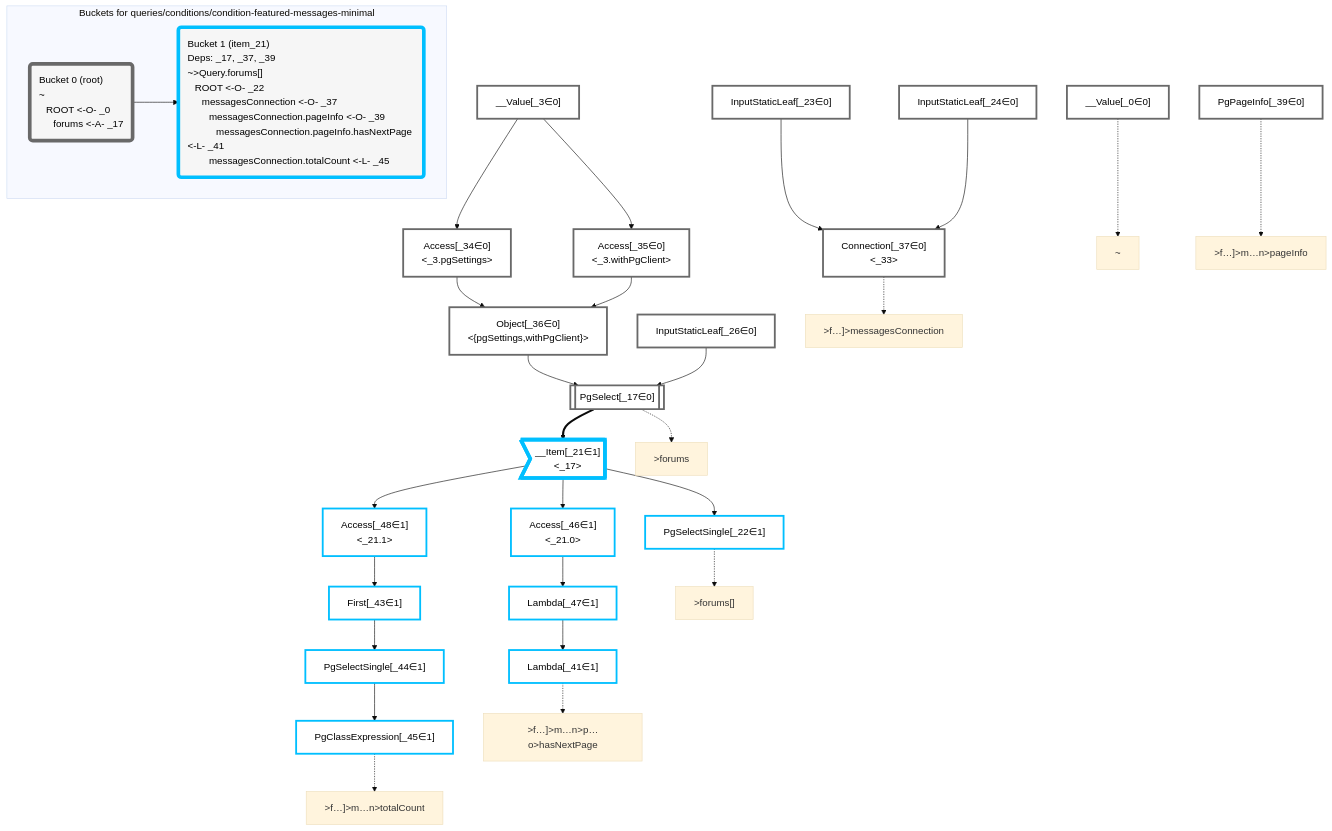
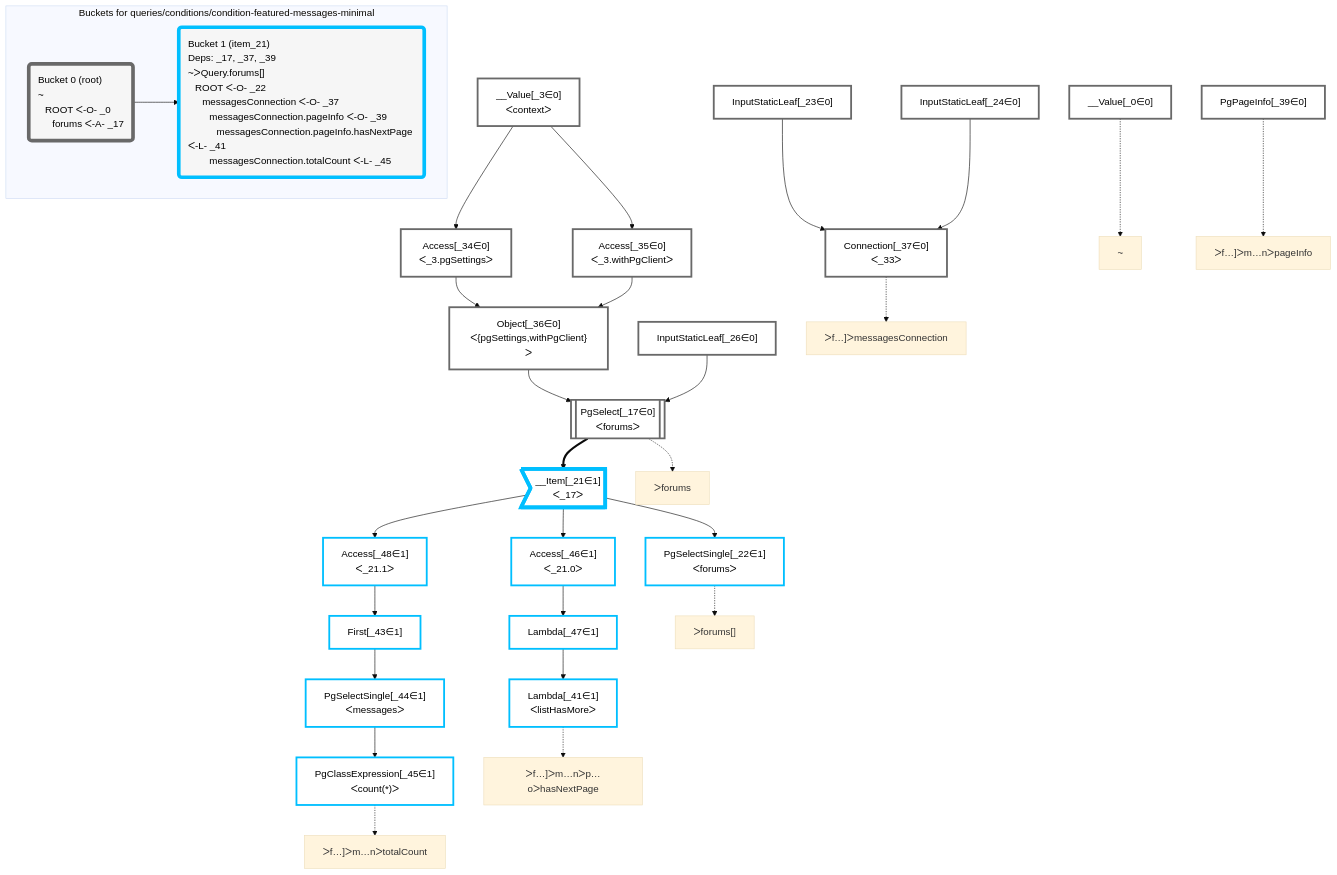
One commit to graphile/crystal changed the diagram in packages/dataplan-pg/__tests__/queries/conditions/condition-featured-messages-minimal.mermaid.md. Above: the diagram before and after it, drawn with Mermaid (base theme). The commit also changed 195 other files, not shown here.

````diff
--- a/packages/dataplan-pg/__tests__/queries/conditions/condition-featured-messages-minimal.mermaid.md
+++ b/packages/dataplan-pg/__tests__/queries/conditions/condition-featured-messages-minimal.mermaid.md
@@ -1,80 +1,80 @@
 ```mermaid
 graph TD
     classDef path fill:#eee,stroke:#000,color:#000
     classDef plan fill:#fff,stroke-width:3px,color:#000
     classDef itemplan fill:#fff,stroke-width:6px,color:#000
     classDef sideeffectplan fill:#f00,stroke-width:6px,color:#000
     classDef bucket fill:#f6f6f6,color:#000,stroke-width:6px,text-align:left
 
 
     %% define plans
     __Value_0["__Value[_0∈0]"]:::plan
-    __Value_3["__Value[_3∈0]<br /><context>"]:::plan
-    PgSelect_17[["PgSelect[_17∈0]<br /><forums>"]]:::plan
-    __Item_21>"__Item[_21∈1]<br /><_17>"]:::itemplan
-    PgSelectSingle_22["PgSelectSingle[_22∈1]<br /><forums>"]:::plan
+    __Value_3["__Value[_3∈0]<br />ᐸcontextᐳ"]:::plan
+    PgSelect_17[["PgSelect[_17∈0]<br />ᐸforumsᐳ"]]:::plan
+    __Item_21>"__Item[_21∈1]<br />ᐸ_17ᐳ"]:::itemplan
+    PgSelectSingle_22["PgSelectSingle[_22∈1]<br />ᐸforumsᐳ"]:::plan
     InputStaticLeaf_23["InputStaticLeaf[_23∈0]"]:::plan
     InputStaticLeaf_24["InputStaticLeaf[_24∈0]"]:::plan
     InputStaticLeaf_26["InputStaticLeaf[_26∈0]"]:::plan
-    Access_34["Access[_34∈0]<br /><_3.pgSettings>"]:::plan
-    Access_35["Access[_35∈0]<br /><_3.withPgClient>"]:::plan
-    Object_36["Object[_36∈0]<br /><{pgSettings,withPgClient}>"]:::plan
-    Connection_37["Connection[_37∈0]<br /><_33>"]:::plan
+    Access_34["Access[_34∈0]<br />ᐸ_3.pgSettingsᐳ"]:::plan
+    Access_35["Access[_35∈0]<br />ᐸ_3.withPgClientᐳ"]:::plan
+    Object_36["Object[_36∈0]<br />ᐸ{pgSettings,withPgClient}ᐳ"]:::plan
+    Connection_37["Connection[_37∈0]<br />ᐸ_33ᐳ"]:::plan
     PgPageInfo_39["PgPageInfo[_39∈0]"]:::plan
-    Lambda_41["Lambda[_41∈1]<br /><listHasMore>"]:::plan
+    Lambda_41["Lambda[_41∈1]<br />ᐸlistHasMoreᐳ"]:::plan
     First_43["First[_43∈1]"]:::plan
-    PgSelectSingle_44["PgSelectSingle[_44∈1]<br /><messages>"]:::plan
-    PgClassExpression_45["PgClassExpression[_45∈1]<br /><count(*)>"]:::plan
-    Access_46["Access[_46∈1]<br /><_21.0>"]:::plan
+    PgSelectSingle_44["PgSelectSingle[_44∈1]<br />ᐸmessagesᐳ"]:::plan
+    PgClassExpression_45["PgClassExpression[_45∈1]<br />ᐸcount(*)ᐳ"]:::plan
+    Access_46["Access[_46∈1]<br />ᐸ_21.0ᐳ"]:::plan
     Lambda_47["Lambda[_47∈1]"]:::plan
-    Access_48["Access[_48∈1]<br /><_21.1>"]:::plan
+    Access_48["Access[_48∈1]<br />ᐸ_21.1ᐳ"]:::plan
 
     %% plan dependencies
     Object_36 --> PgSelect_17
     InputStaticLeaf_26 --> PgSelect_17
     PgSelect_17 ==> __Item_21
     __Item_21 --> PgSelectSingle_22
     __Value_3 --> Access_34
     __Value_3 --> Access_35
     Access_34 --> Object_36
     Access_35 --> Object_36
     InputStaticLeaf_23 --> Connection_37
     InputStaticLeaf_24 --> Connection_37
     Lambda_47 --> Lambda_41
     Access_48 --> First_43
     First_43 --> PgSelectSingle_44
     PgSelectSingle_44 --> PgClassExpression_45
     __Item_21 --> Access_46
     Access_46 --> Lambda_47
     __Item_21 --> Access_48
 
     %% plan-to-path relationships
     P_0["~"]
     __Value_0 -.-> P_0
-    P_17[">forums"]
+    P_17["ᐳforums"]
     PgSelect_17 -.-> P_17
-    P_22[">forums[]"]
+    P_22["ᐳforums[]"]
     PgSelectSingle_22 -.-> P_22
-    P_37[">f…]>messagesConnection"]
+    P_37["ᐳf…]ᐳmessagesConnection"]
     Connection_37 -.-> P_37
-    P_39[">f…]>m…n>pageInfo"]
+    P_39["ᐳf…]ᐳm…nᐳpageInfo"]
     PgPageInfo_39 -.-> P_39
-    P_41[">f…]>m…n>p…o>hasNextPage"]
+    P_41["ᐳf…]ᐳm…nᐳp…oᐳhasNextPage"]
     Lambda_41 -.-> P_41
-    P_45[">f…]>m…n>totalCount"]
+    P_45["ᐳf…]ᐳm…nᐳtotalCount"]
     PgClassExpression_45 -.-> P_45
 
     %% allocate buckets
     classDef bucket0 stroke:#696969
     class __Value_0,__Value_3,PgSelect_17,InputStaticLeaf_23,InputStaticLeaf_24,InputStaticLeaf_26,Access_34,Access_35,Object_36,Connection_37,PgPageInfo_39 bucket0
     classDef bucket1 stroke:#00bfff
     class __Item_21,PgSelectSingle_22,Lambda_41,First_43,PgSelectSingle_44,PgClassExpression_45,Access_46,Lambda_47,Access_48 bucket1
 
     subgraph "Buckets for queries/conditions/condition-featured-messages-minimal"
-    Bucket0("Bucket 0 (root)<br />~<br />⠀ROOT <-O- _0<br />⠀⠀forums <-A- _17"):::bucket
+    Bucket0("Bucket 0 (root)<br />~<br />⠀ROOT ᐸ-O- _0<br />⠀⠀forums ᐸ-A- _17"):::bucket
     style Bucket0 stroke:#696969
-    Bucket1("Bucket 1 (item_21)<br />Deps: _17, _37, _39<br />~>Query.forums[]<br />⠀ROOT <-O- _22<br />⠀⠀messagesConnection <-O- _37<br />⠀⠀⠀messagesConnection.pageInfo <-O- _39<br />⠀⠀⠀⠀messagesConnection.pageInfo.hasNextPage <-L- _41<br />⠀⠀⠀messagesConnection.totalCount <-L- _45"):::bucket
+    Bucket1("Bucket 1 (item_21)<br />Deps: _17, _37, _39<br />~ᐳQuery.forums[]<br />⠀ROOT ᐸ-O- _22<br />⠀⠀messagesConnection ᐸ-O- _37<br />⠀⠀⠀messagesConnection.pageInfo ᐸ-O- _39<br />⠀⠀⠀⠀messagesConnection.pageInfo.hasNextPage ᐸ-L- _41<br />⠀⠀⠀messagesConnection.totalCount ᐸ-L- _45"):::bucket
     style Bucket1 stroke:#00bfff
     Bucket0 --> Bucket1
     end
 ```
````
